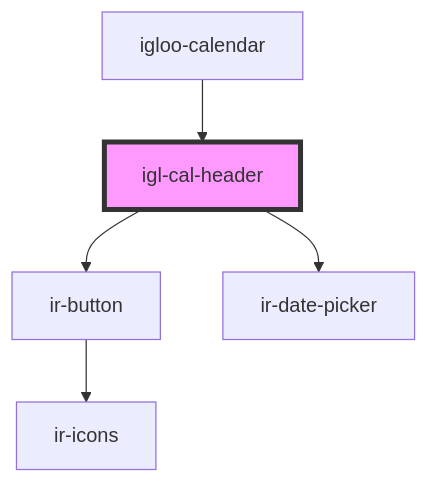
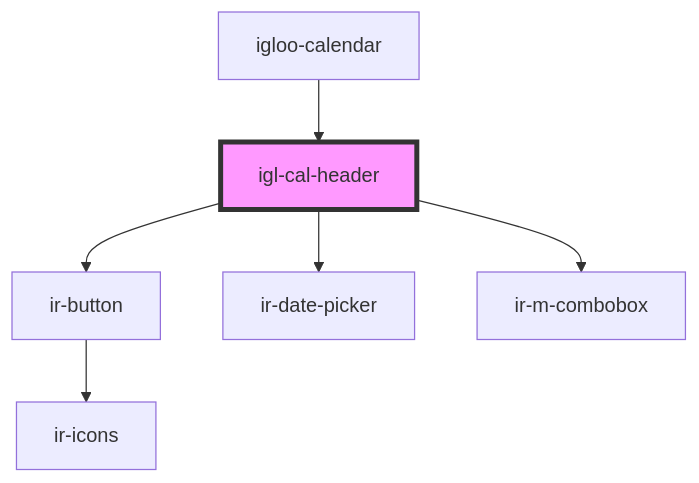
One commit to David1Chowaifaty/modified-ir-webcmp changed the diagram in src/components/igloo-calendar/igl-cal-header/readme.md. Above: the diagram before and after it, drawn with Mermaid. The commit also changed other lines of this file and 58 other files, not shown here.

````diff
--- a/src/components/igloo-calendar/igl-cal-header/readme.md
+++ b/src/components/igloo-calendar/igl-cal-header/readme.md
@@ -41,8 +42,9 @@
 ```mermaid
 graph TD;
   igl-cal-header --> ir-button
   igl-cal-header --> ir-date-picker
+  igl-cal-header --> ir-m-combobox
   ir-button --> ir-icons
   igloo-calendar --> igl-cal-header
   style igl-cal-header fill:#f9f,stroke:#333,stroke-width:4px
 ```
````
